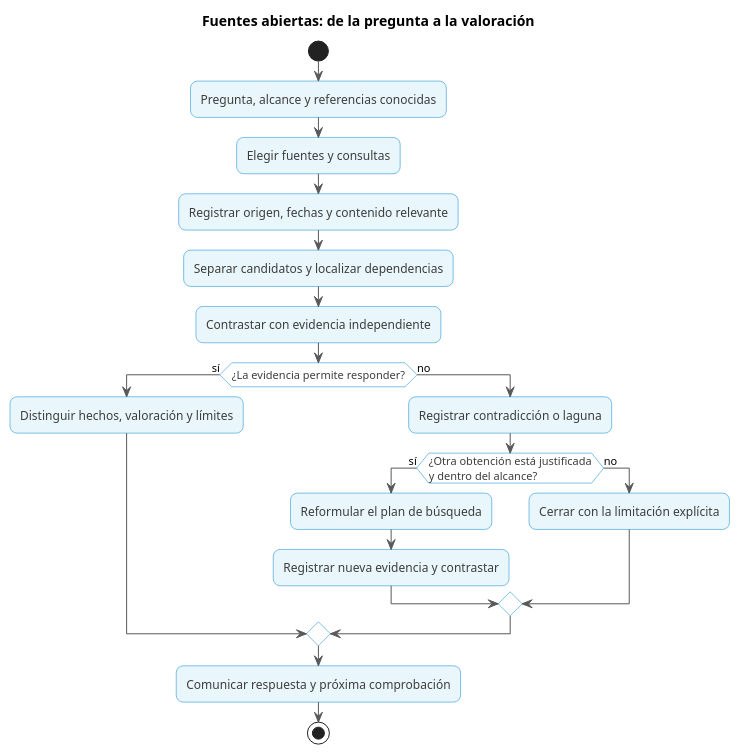
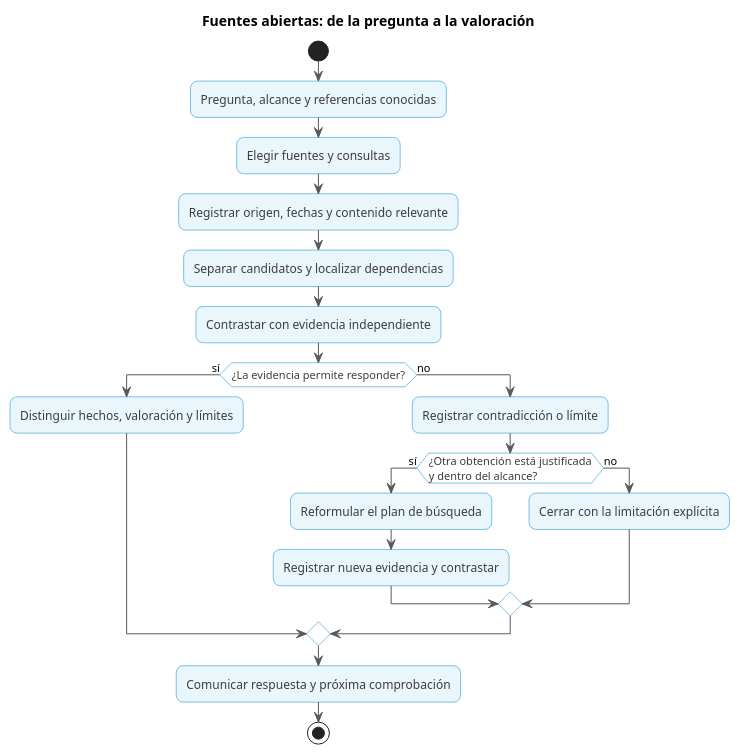
The diagram in diagramas/03-obtencion-y-verificacion.puml (hector-ae21/CIBINT), drawn with PlantUML before and after one commit. The commit also changed 56 other files, not shown here.

```diff
--- a/diagramas/03-obtencion-y-verificacion.puml
+++ b/diagramas/03-obtencion-y-verificacion.puml
@@ -1,36 +1,36 @@
 @startuml
 title Fuentes abiertas: de la pregunta a la valoración
 
 skinparam backgroundColor transparent
 skinparam shadowing false
 skinparam defaultFontName Arial
 skinparam roundcorner 14
 skinparam ArrowColor #58595B
 skinparam activity {
   BackgroundColor #E9F6FB
   BorderColor #0085CF
   FontColor #3E3E3D
   DiamondBackgroundColor #FFFFFF
   DiamondBorderColor #0085CF
 }
 
 start
 :Pregunta, alcance y referencias conocidas;
 :Elegir fuentes y consultas;
 :Registrar origen, fechas y contenido relevante;
 :Separar candidatos y localizar dependencias;
 :Contrastar con evidencia independiente;
 if (¿La evidencia permite responder?) then (sí)
   :Distinguir hechos, valoración y límites;
 else (no)
-  :Registrar contradicción o laguna;
+  :Registrar contradicción o límite;
   if (¿Otra obtención está justificada\ny dentro del alcance?) then (sí)
     :Reformular el plan de búsqueda;
     :Registrar nueva evidencia y contrastar;
   else (no)
     :Cerrar con la limitación explícita;
   endif
 endif
 :Comunicar respuesta y próxima comprobación;
 stop
 @enduml
```
